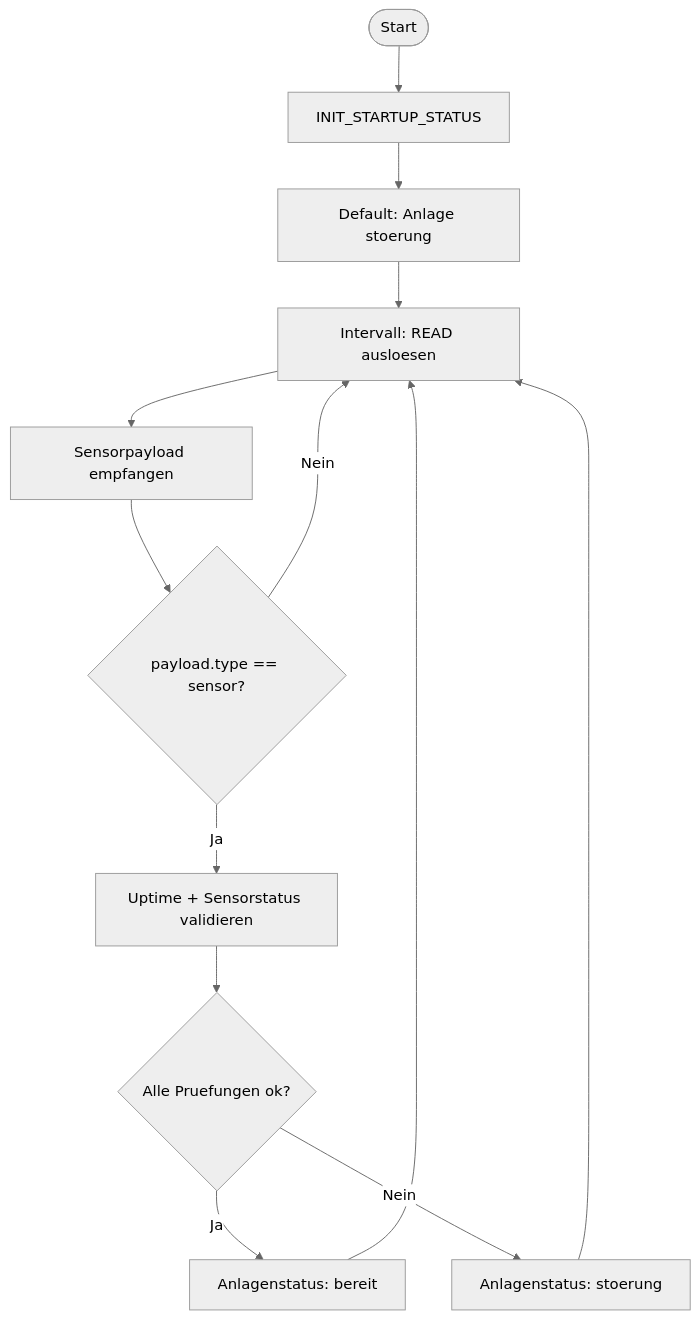
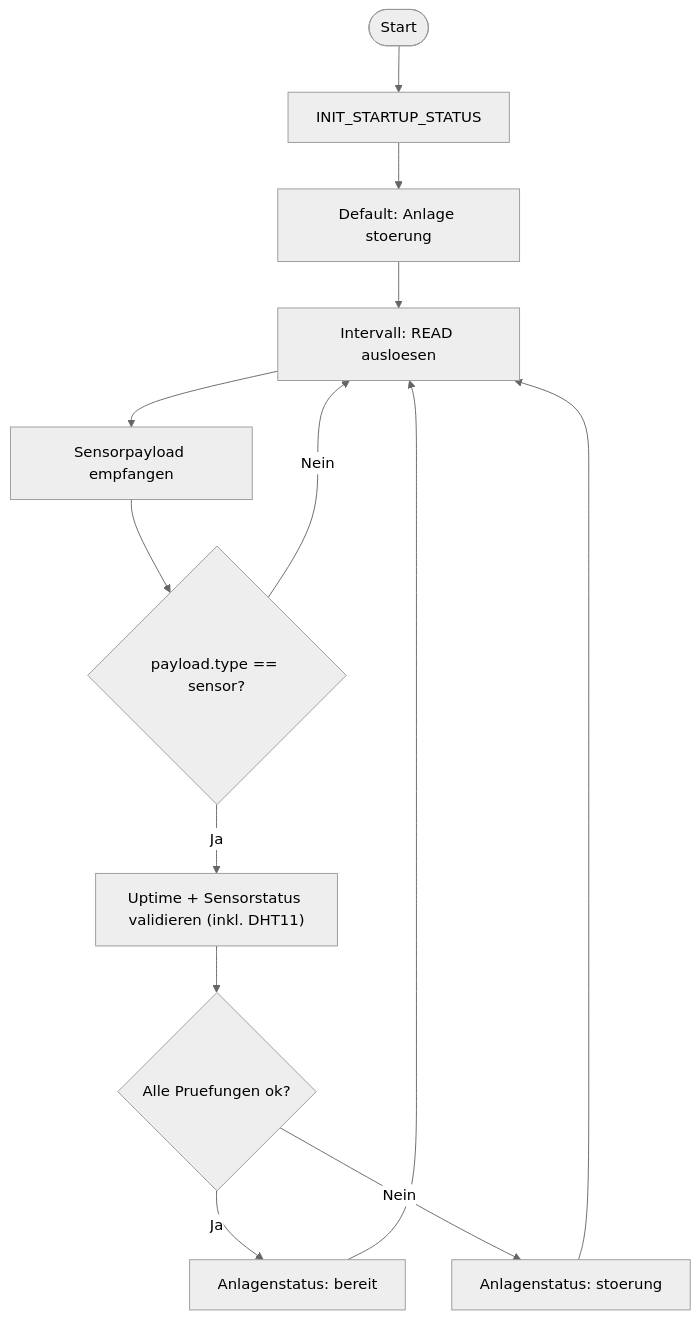
The third of 22 diagrams in PROJEKT_ARCHITEKTUR_PLAN.md (HerrnDK/Projekt), drawn with Mermaid (neutral theme) before and after one commit. The commit also changed other lines of this file and 13 other files, not shown here.

````diff
--- a/PROJEKT_ARCHITEKTUR_PLAN.md
+++ b/PROJEKT_ARCHITEKTUR_PLAN.md
@@ -50,15 +50,15 @@
 ```mermaid
 flowchart TD
   S([Start]) --> I0["INIT_STARTUP_STATUS"]
   I0 --> I1["Default: Anlage stoerung"]
   I1 --> C0["Intervall: READ ausloesen"]
   C0 --> D0["Sensorpayload empfangen"]
   D0 --> P{"payload.type == sensor?"}
   P -- Nein --> C0
-  P -- Ja --> V["Uptime + Sensorstatus validieren"]
+  P -- Ja --> V["Uptime + Sensorstatus validieren (inkl. DHT11)"]
   V --> O{"Alle Pruefungen ok?"}
   O -- Ja --> A0["Anlagenstatus: bereit"]
   O -- Nein --> A1["Anlagenstatus: stoerung"]
   A0 --> C0
   A1 --> C0
 ```
````
